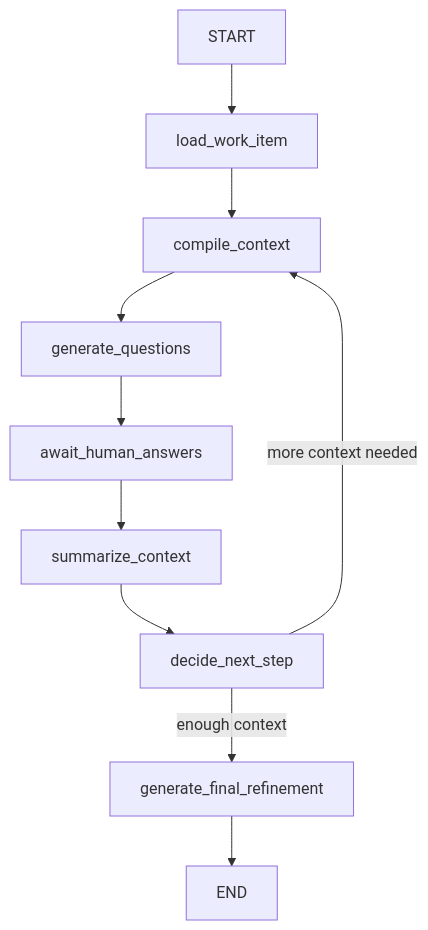
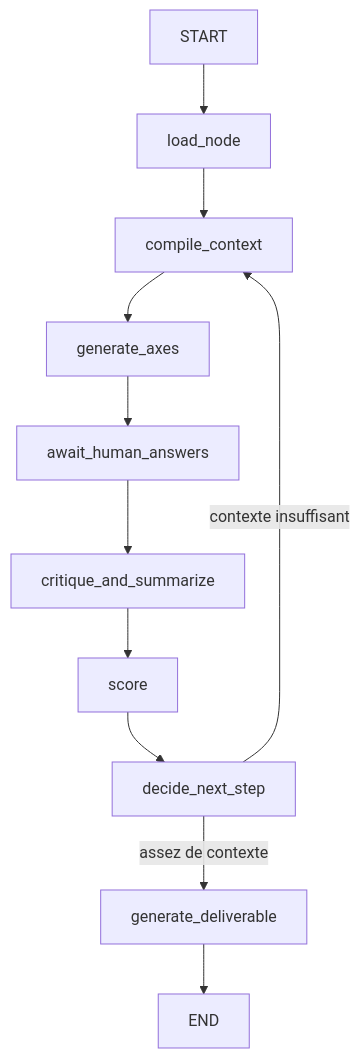
One commit to Artek60744/refinemap changed the third of 3 diagrams in docs/mvp-blueprint.md. Above: the diagram before and after it, drawn with Mermaid. The commit also changed other lines of this file and 22 other files, not shown here.

````diff
--- a/docs/mvp-blueprint.md
+++ b/docs/mvp-blueprint.md
@@ -211,12 +125,13 @@
 ```mermaid
 flowchart TB
-    START --> load_work_item
-    load_work_item --> compile_context
-    compile_context --> generate_questions
-    generate_questions --> await_human_answers
-    await_human_answers --> summarize_context
-    summarize_context --> decide_next_step
-    decide_next_step -->|more context needed| compile_context
-    decide_next_step -->|enough context| generate_final_refinement
-    generate_final_refinement --> END
+    START --> load_node
+    load_node --> compile_context
+    compile_context --> generate_axes
+    generate_axes --> await_human_answers
+    await_human_answers --> critique_and_summarize
+    critique_and_summarize --> score
+    score --> decide_next_step
+    decide_next_step -->|contexte insuffisant| compile_context
+    decide_next_step -->|assez de contexte| generate_deliverable
+    generate_deliverable --> END
 ```
````
